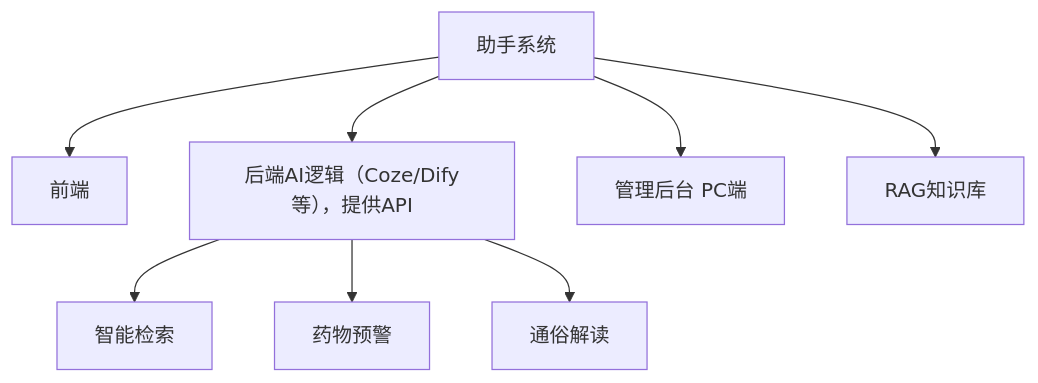
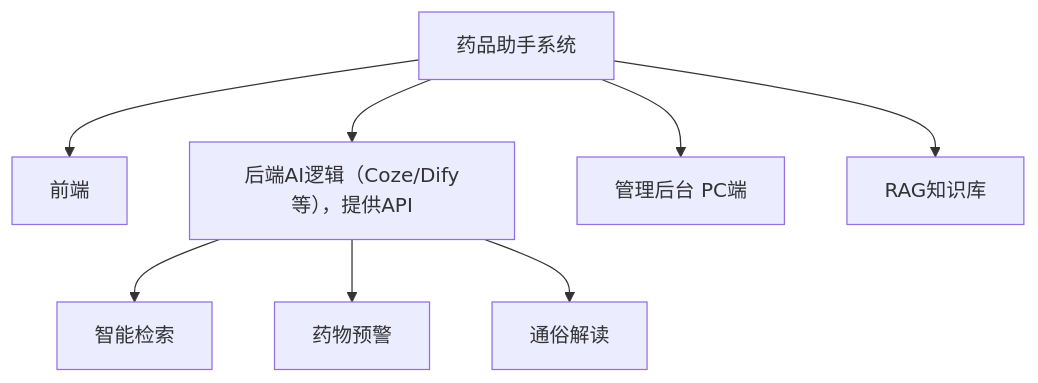
One commit to funnyData/iodraw-files changed the diagram in all/未命名.md. Above: the diagram before and after it, drawn with Mermaid.

Commit message:
2025-02-21 14:10:39 update

````diff
--- a/all/未命名.md
+++ b/all/未命名.md
@@ -1,10 +1,10 @@
 ```mermaid
 graph TD
-    A[助手系统] --> B[前端]
+    A[药品助手系统] --> B[前端]
     A --> C[后端AI逻辑（Coze/Dify等），提供API]
     C --> F[智能检索]
     C --> G[药物预警]
     C --> H[通俗解读]
     A --> D[管理后台 PC端]
     A --> E[RAG知识库]
 ```
````
